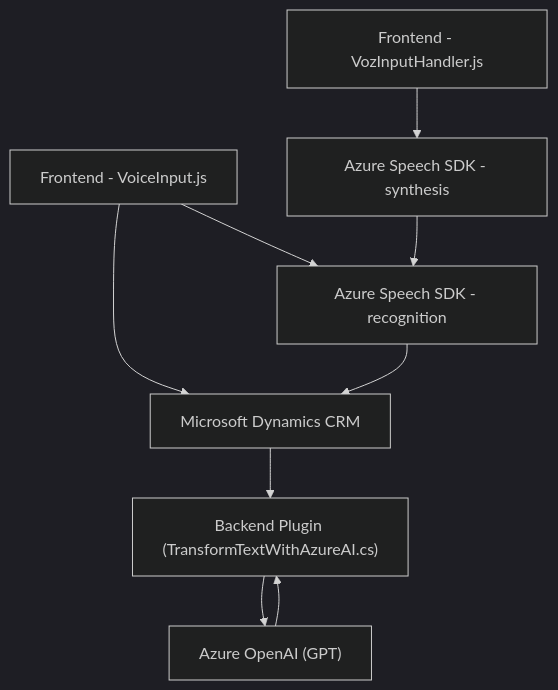
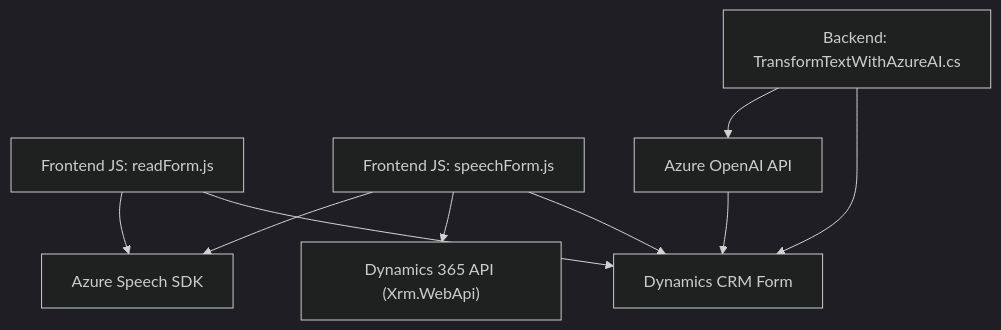
One commit to blopezdm/NETCORE_BILBAO2025 changed the diagram in README.md. Above: the diagram before and after it, drawn with Mermaid (dark theme). The commit also changed other lines of this file, not shown here.

````diff
--- a/README.md
+++ b/README.md
@@ -33,11 +33,19 @@
 ```mermaid
 graph TD
-    A["Frontend - VozInputHandler.js"] --> B["Azure Speech SDK - synthesis"]
-    D["Frontend - VoiceInput.js"] --> C["Azure Speech SDK - recognition"]
-    B --> C
-    D --> E["Microsoft Dynamics CRM"]
-    C --> E
-    E --> F["Backend Plugin (TransformTextWithAzureAI.cs)"]
-    F --> G["Azure OpenAI (GPT)"]
-    G --> F
+A["Frontend JS: readForm.js"]
+B["Frontend JS: speechForm.js"]
+C["Backend: TransformTextWithAzureAI.cs"]
+D["Azure Speech SDK"]
+E["Azure OpenAI API"]
+F["Dynamics CRM Form"]
+G["Dynamics 365 API (Xrm.WebApi)"]
+
+A --> D
+B --> D
+B --> G
+C --> E
+C --> F
+A --> F
+B --> F
+E --> F
 ```
````
